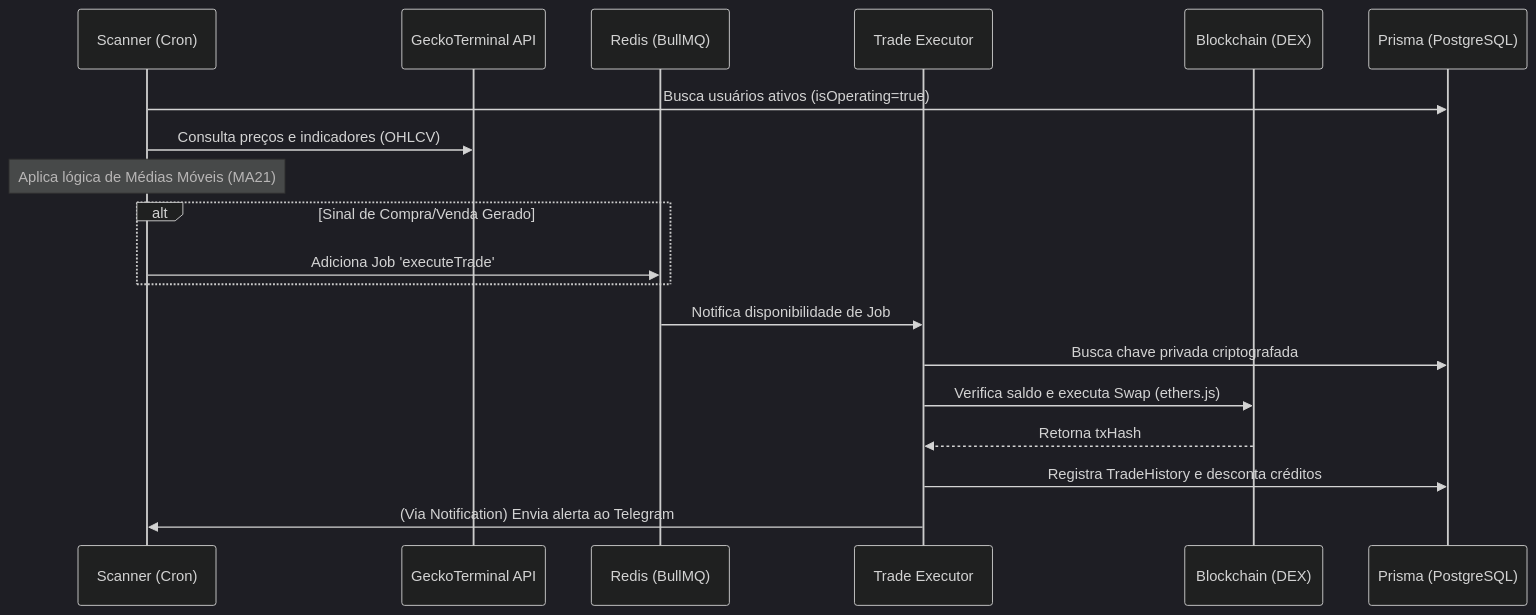
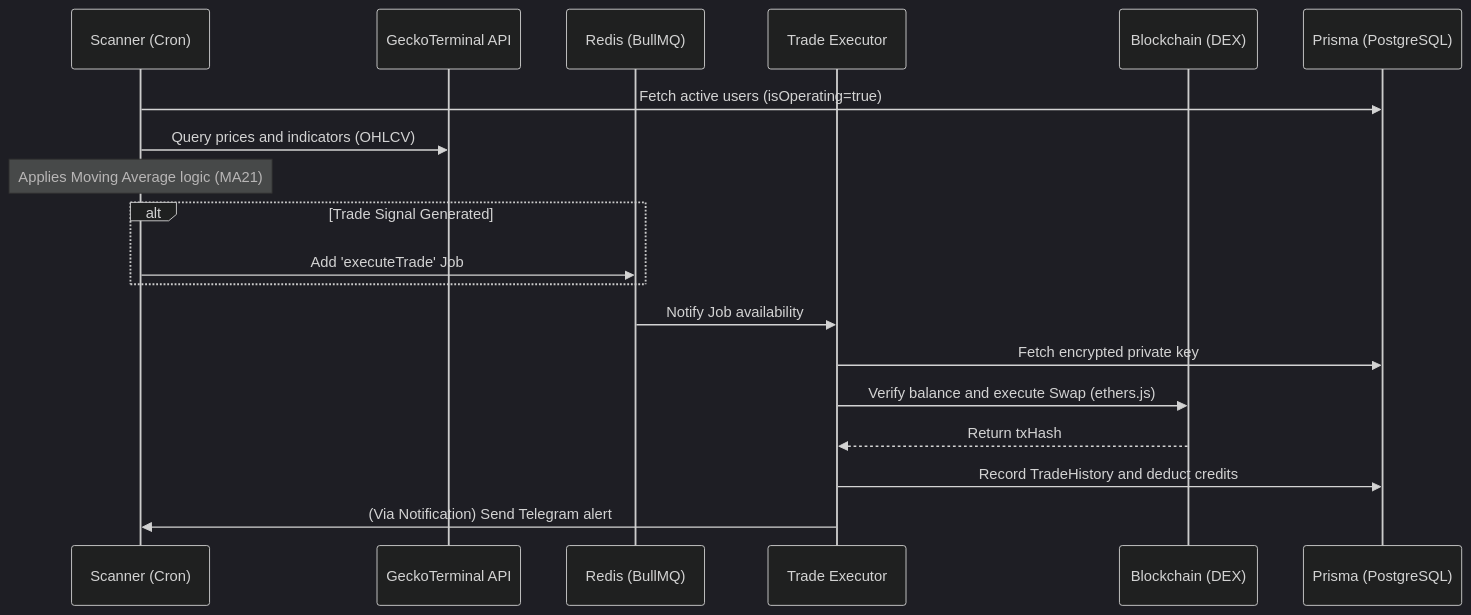
Before and after one commit to alanvito1/bcoin_sen_blockchain_trader: the third of 3 diagrams in docs/ARCHITECTURE.md, drawn with Mermaid (dark theme). The commit also changed other lines of this file and 88 other files, not shown here.

````diff
--- a/docs/ARCHITECTURE.md
+++ b/docs/ARCHITECTURE.md
@@ -121,24 +121,24 @@
 ```mermaid
 sequenceDiagram
     participant S as Scanner (Cron)
     participant GT as GeckoTerminal API
     participant R as Redis (BullMQ)
     participant E as Trade Executor
     participant BC as Blockchain (DEX)
     participant DB as Prisma (PostgreSQL)
 
-    S->>DB: Busca usuários ativos (isOperating=true)
-    S->>GT: Consulta preços e indicadores (OHLCV)
-    Note over S: Aplica lógica de Médias Móveis (MA21)
+    S->>DB: Fetch active users (isOperating=true)
+    S->>GT: Query prices and indicators (OHLCV)
+    Note over S: Applies Moving Average logic (MA21)
     
-    alt Sinal de Compra/Venda Gerado
-        S->>R: Adiciona Job 'executeTrade'
+    alt Trade Signal Generated
+        S->>R: Add 'executeTrade' Job
     end
 
-    R->>E: Notifica disponibilidade de Job
-    E->>DB: Busca chave privada criptografada
-    E->>BC: Verifica saldo e executa Swap (ethers.js)
-    BC-->>E: Retorna txHash
-    E->>DB: Registra TradeHistory e desconta créditos
-    E->>S: (Via Notification) Envia alerta ao Telegram
+    R->>E: Notify Job availability
+    E->>DB: Fetch encrypted private key
+    E->>BC: Verify balance and execute Swap (ethers.js)
+    BC-->>E: Return txHash
+    E->>DB: Record TradeHistory and deduct credits
+    E->>S: (Via Notification) Send Telegram alert
 ```
````
